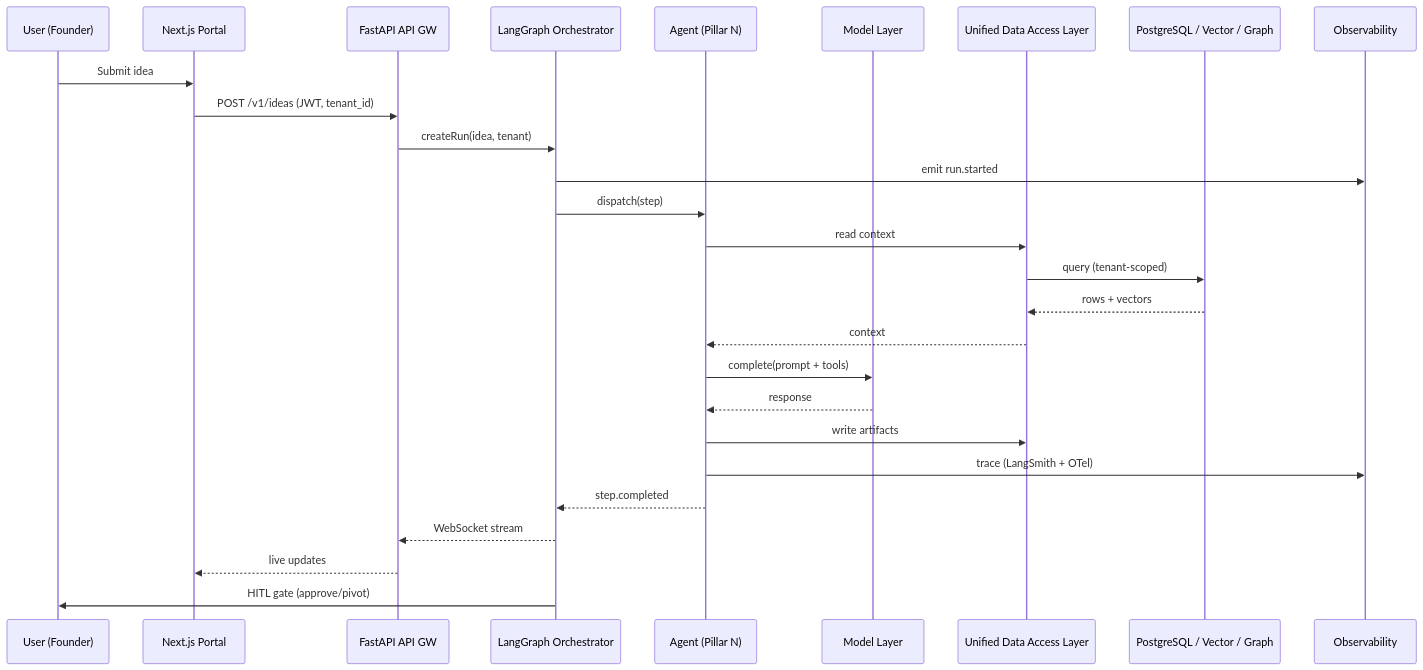
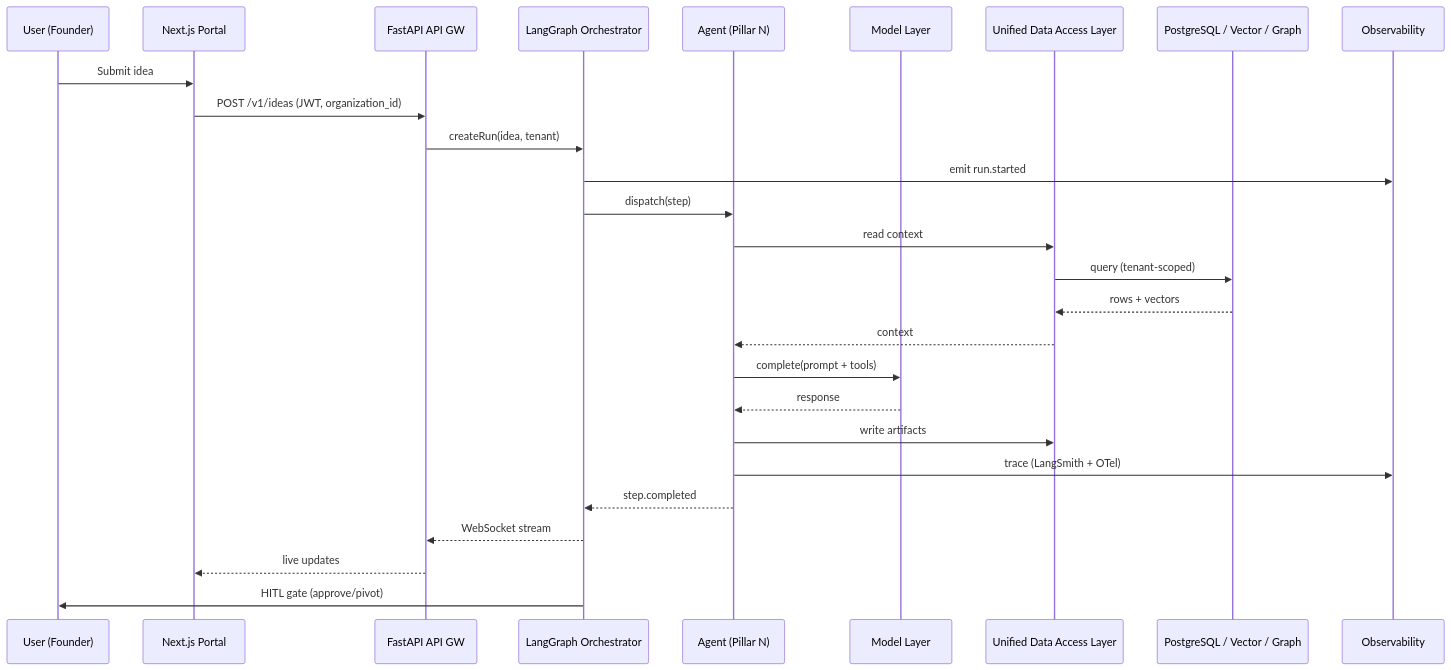
The second of 3 diagrams in .claude/CLAUDE.md (kaushraj1/AutoFounder), drawn with Mermaid before and after one commit. The commit also changed other lines of this file and 8 other files, not shown here.

````diff
--- a/.claude/CLAUDE.md
+++ b/.claude/CLAUDE.md
@@ -353,30 +353,30 @@
 ```mermaid
 sequenceDiagram
     participant U as User (Founder)
     participant FE as Next.js Portal
     participant GW as FastAPI API GW
     participant ORCH as LangGraph Orchestrator
     participant AG as Agent (Pillar N)
     participant LLM as Model Layer
     participant DAL as Unified Data Access Layer
     participant DB as PostgreSQL / Vector / Graph
     participant OBS as Observability
 
     U->>FE: Submit idea
-    FE->>GW: POST /v1/ideas (JWT, tenant_id)
+    FE->>GW: POST /v1/ideas (JWT, organization_id)
     GW->>ORCH: createRun(idea, tenant)
     ORCH->>OBS: emit run.started
     ORCH->>AG: dispatch(step)
     AG->>DAL: read context
     DAL->>DB: query (tenant-scoped)
     DB-->>DAL: rows + vectors
     DAL-->>AG: context
     AG->>LLM: complete(prompt + tools)
     LLM-->>AG: response
     AG->>DAL: write artifacts
     AG->>OBS: trace (LangSmith + OTel)
     AG-->>ORCH: step.completed
     ORCH-->>GW: WebSocket stream
     GW-->>FE: live updates
     ORCH->>U: HITL gate (approve/pivot)
 ```
````
